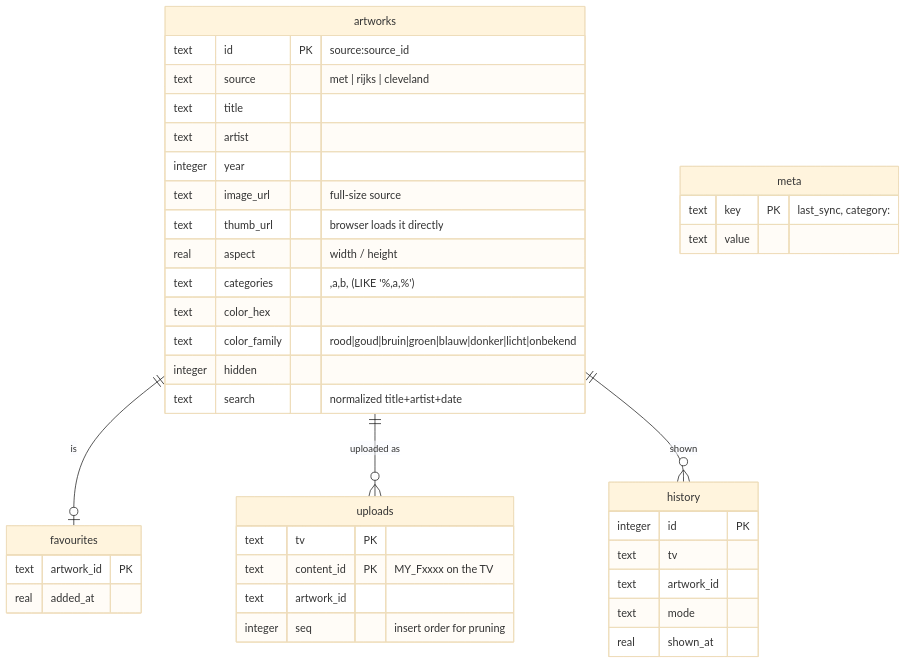
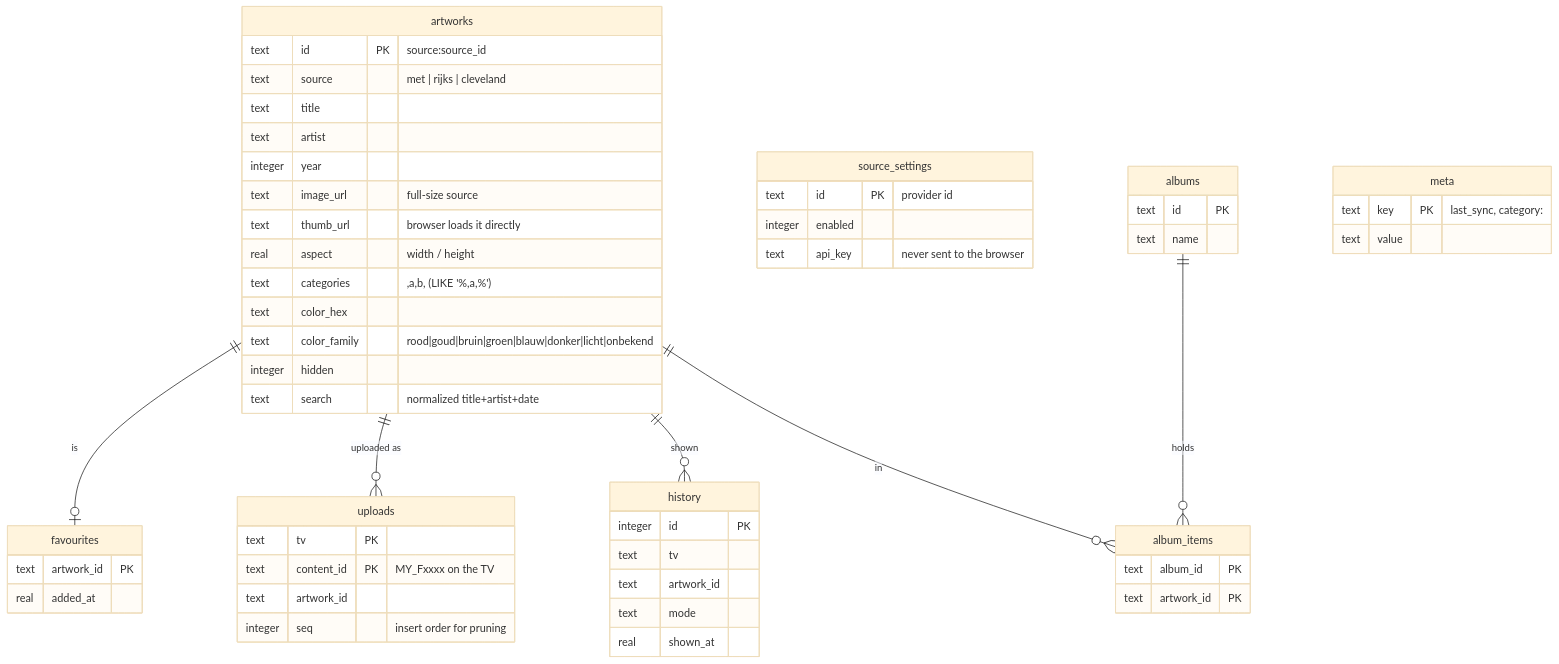
Before and after one commit to dstollie/ha-frame-art: the diagram in knowledge/codebase/04-data-models.md, drawn with Mermaid (base theme). The commit also changed other lines of this file and 8 other files, not shown here.

First line of the commit message:
docs(knowledge): Record the native panel decision and the v0.2 architecture

````diff
--- a/knowledge/codebase/04-data-models.md
+++ b/knowledge/codebase/04-data-models.md
@@ -5,42 +5,57 @@
 ```mermaid
 erDiagram
   artworks {
     text id PK "source:source_id"
     text source "met | rijks | cleveland"
     text title
     text artist
     integer year
     text image_url "full-size source"
     text thumb_url "browser loads it directly"
     real aspect "width / height"
     text categories ",a,b, (LIKE '%,a,%')"
     text color_hex
     text color_family "rood|goud|bruin|groen|blauw|donker|licht|onbekend"
     integer hidden
     text search "normalized title+artist+date"
   }
   favourites {
     text artwork_id PK
     real added_at
   }
   uploads {
     text tv PK
     text content_id PK "MY_Fxxxx on the TV"
     text artwork_id
     integer seq "insert order for pruning"
   }
   history {
     integer id PK
     text tv
     text artwork_id
     text mode
     real shown_at
   }
+  source_settings {
+    text id PK "provider id"
+    integer enabled
+    text api_key "never sent to the browser"
+  }
+  albums {
+    text id PK
+    text name
+  }
+  album_items {
+    text album_id PK
+    text artwork_id PK
+  }
   meta {
     text key PK "last_sync, category:<tv>"
     text value
   }
   artworks ||--o| favourites : "is"
   artworks ||--o{ uploads : "uploaded as"
   artworks ||--o{ history : "shown"
+  albums ||--o{ album_items : "holds"
+  artworks ||--o{ album_items : "in"
 ```
````
